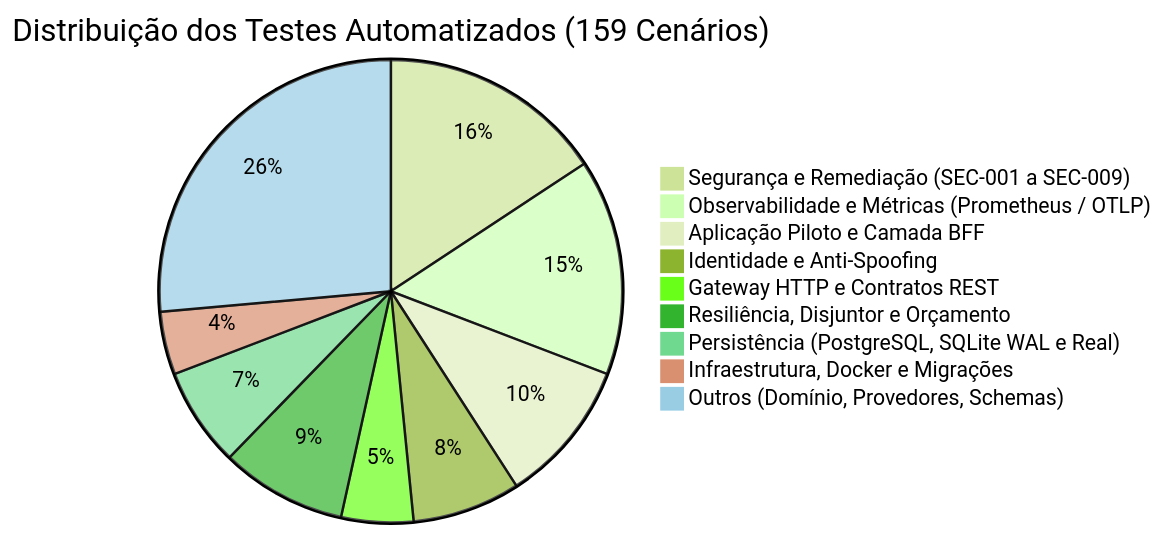
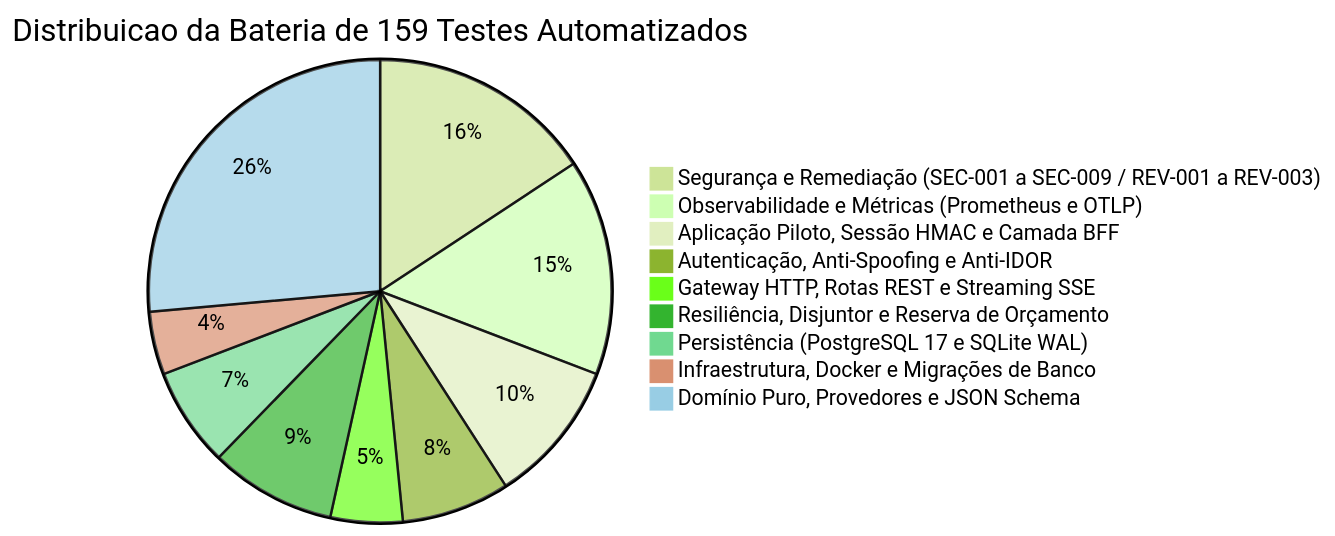
One commit to AirtonNettu/reusable-ai-backend-architecture changed the sixth of 8 diagrams in docs/caderno_tecnico.md. Above: the diagram before and after it, drawn with Mermaid (forest theme). The commit also changed other lines of this file, not shown here.

First line of the commit message:
docs: aprofundar caderno tecnico dos sete pilares (#7)

````diff
--- a/docs/caderno_tecnico.md
+++ b/docs/caderno_tecnico.md
@@ -171,12 +326,12 @@
 ```mermaid
-pie title Distribuição dos Testes Automatizados (159 Cenários)
-    "Segurança e Remediação (SEC-001 a SEC-009)" : 25
-    "Observabilidade e Métricas (Prometheus / OTLP)" : 24
-    "Aplicação Piloto e Camada BFF" : 16
-    "Identidade e Anti-Spoofing" : 12
-    "Gateway HTTP e Contratos REST" : 8
-    "Resiliência, Disjuntor e Orçamento" : 14
-    "Persistência (PostgreSQL, SQLite WAL e Real)" : 11
-    "Infraestrutura, Docker e Migrações" : 7
-    "Outros (Domínio, Provedores, Schemas)" : 42
+pie title Distribuicao da Bateria de 159 Testes Automatizados
+    "Segurança e Remediação (SEC-001 a SEC-009 / REV-001 a REV-003)" : 25
+    "Observabilidade e Métricas (Prometheus e OTLP)" : 24
+    "Aplicação Piloto, Sessão HMAC e Camada BFF" : 16
+    "Autenticação, Anti-Spoofing e Anti-IDOR" : 12
+    "Gateway HTTP, Rotas REST e Streaming SSE" : 8
+    "Resiliência, Disjuntor e Reserva de Orçamento" : 14
+    "Persistência (PostgreSQL 17 e SQLite WAL)" : 11
+    "Infraestrutura, Docker e Migrações de Banco" : 7
+    "Domínio Puro, Provedores e JSON Schema" : 42
 ```
````
